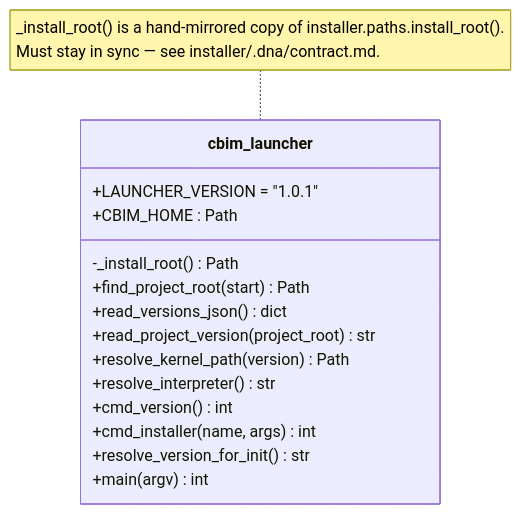
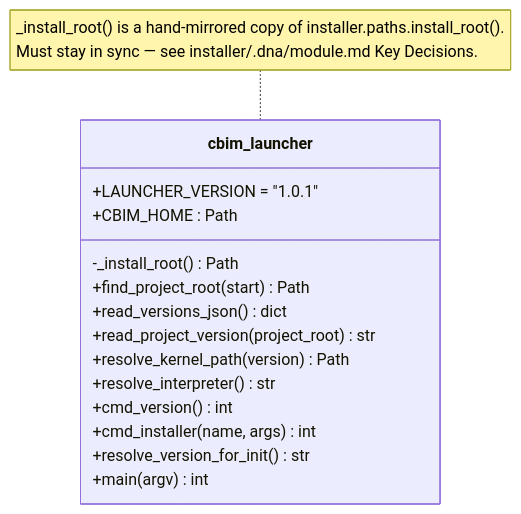
Before and after one commit to nan023062/agent-team-cc: the diagram in v1/src/bin/.dna/module.md, drawn with Mermaid. The commit also changed other lines of this file and 1 other file, not shown here.

First line of the commit message:
Design: installer PATH placement (no implementation)

````diff
--- a/v1/src/bin/.dna/module.md
+++ b/v1/src/bin/.dna/module.md
@@ -14,18 +14,18 @@
 ```mermaid
 classDiagram
     class cbim_launcher {
         +LAUNCHER_VERSION = "1.0.1"
         +CBIM_HOME : Path
         -_install_root() Path
         +find_project_root(start) Path
         +read_versions_json() dict
         +read_project_version(project_root) str
         +resolve_kernel_path(version) Path
         +resolve_interpreter() str
         +cmd_version() int
         +cmd_installer(name, args) int
         +resolve_version_for_init() str
         +main(argv) int
     }
-    note for cbim_launcher "_install_root() is a hand-mirrored copy of installer.paths.install_root().<br/>Must stay in sync — see installer/.dna/contract.md."
+    note for cbim_launcher "_install_root() is a hand-mirrored copy of installer.paths.install_root().<br/>Must stay in sync — see installer/.dna/module.md Key Decisions."
 ```
````
